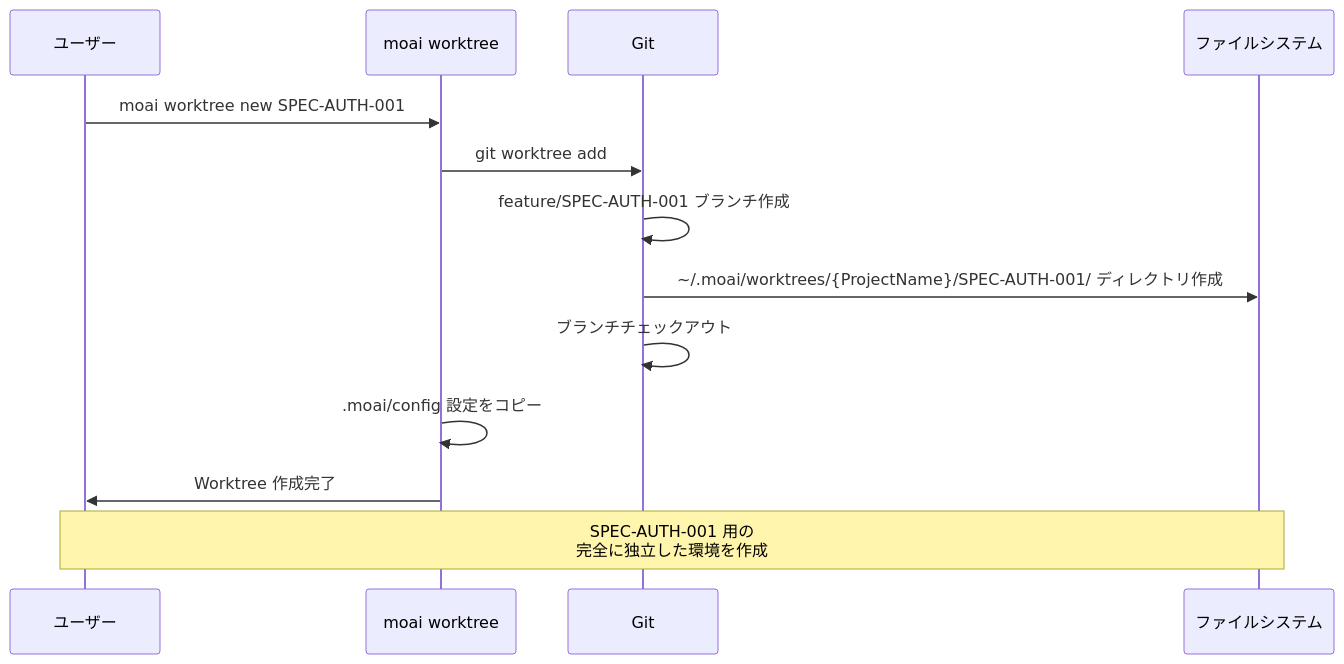
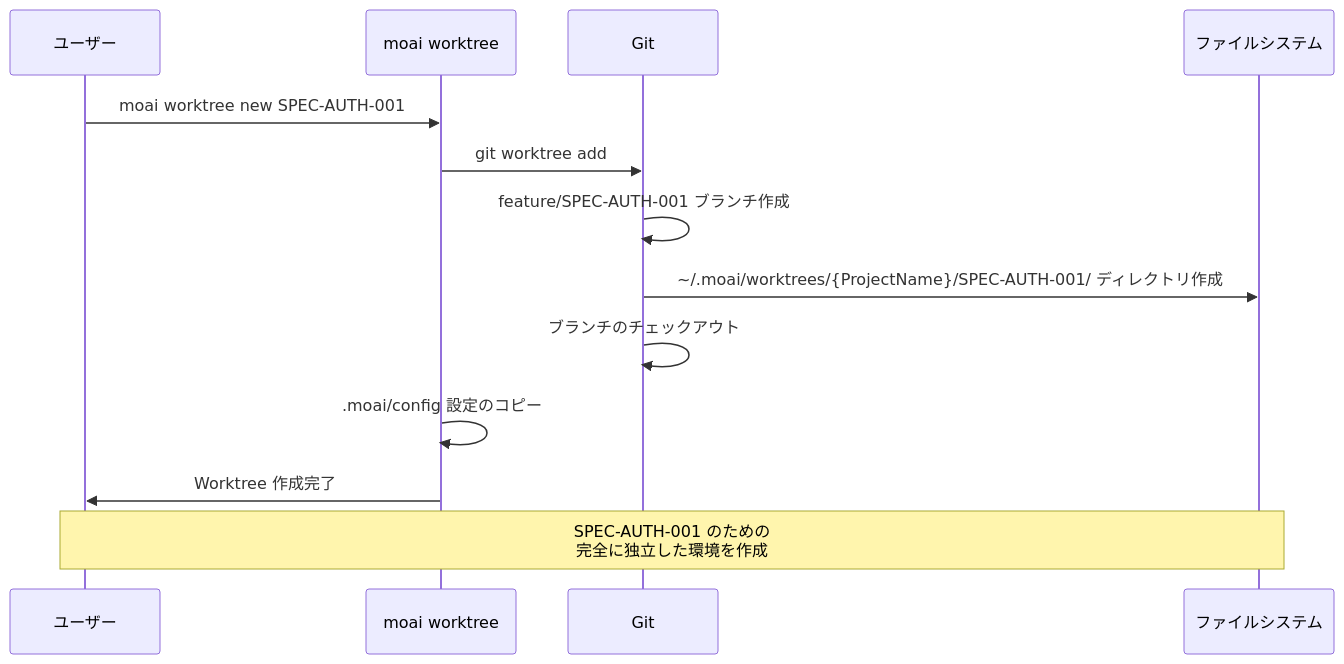
Before and after one commit to modu-ai/moai-adk: the second of 10 diagrams in docs-site/content/ja/worktree/guide.md, drawn with Mermaid. The commit also changed other lines of this file and 395 other files, not shown here.

````diff
--- a/docs-site/content/ja/worktree/guide.md
+++ b/docs-site/content/ja/worktree/guide.md
@@ -89,17 +95,17 @@
 ```mermaid
 sequenceDiagram
     participant User as ユーザー
     participant CLI as moai worktree
     participant Git as Git
     participant FS as ファイルシステム
 
     User->>CLI: moai worktree new SPEC-AUTH-001
     CLI->>Git: git worktree add
     Git->>Git: feature/SPEC-AUTH-001 ブランチ作成
     Git->>FS: ~/.moai/worktrees/{ProjectName}/SPEC-AUTH-001/ ディレクトリ作成
-    Git->>Git: ブランチチェックアウト
-    CLI->>CLI: .moai/config 設定をコピー
+    Git->>Git: ブランチのチェックアウト
+    CLI->>CLI: .moai/config 設定のコピー
     CLI->>User: Worktree 作成完了
 
-    Note over User,FS: SPEC-AUTH-001 用の<br/>完全に独立した環境を作成
+    Note over User,FS: SPEC-AUTH-001 のための<br/>完全に独立した環境を作成
 ```
````
